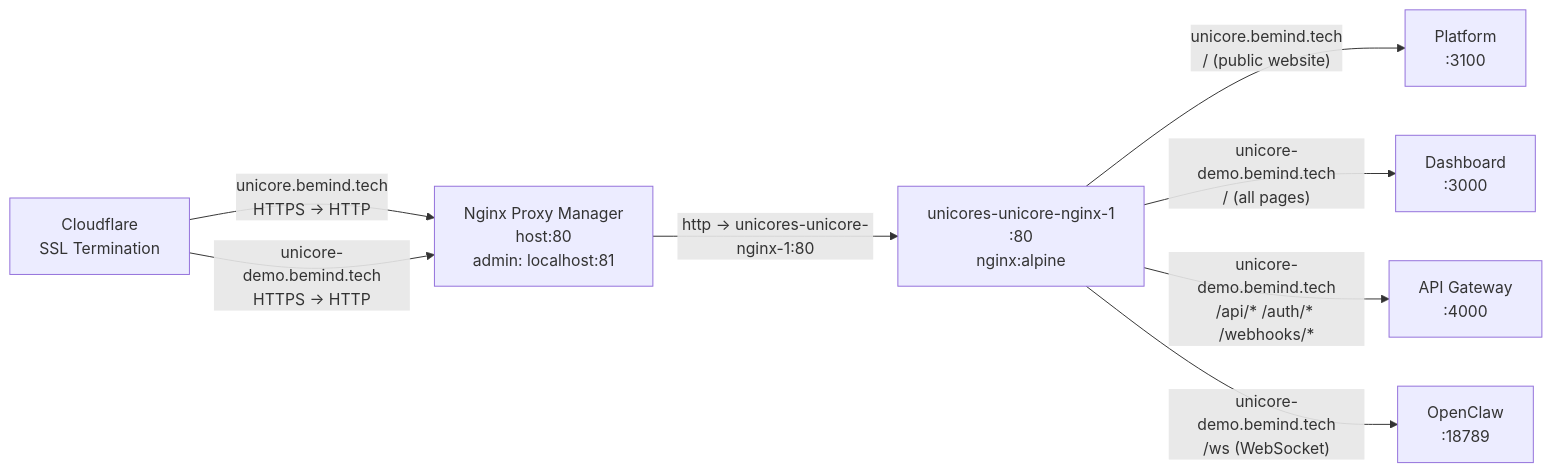
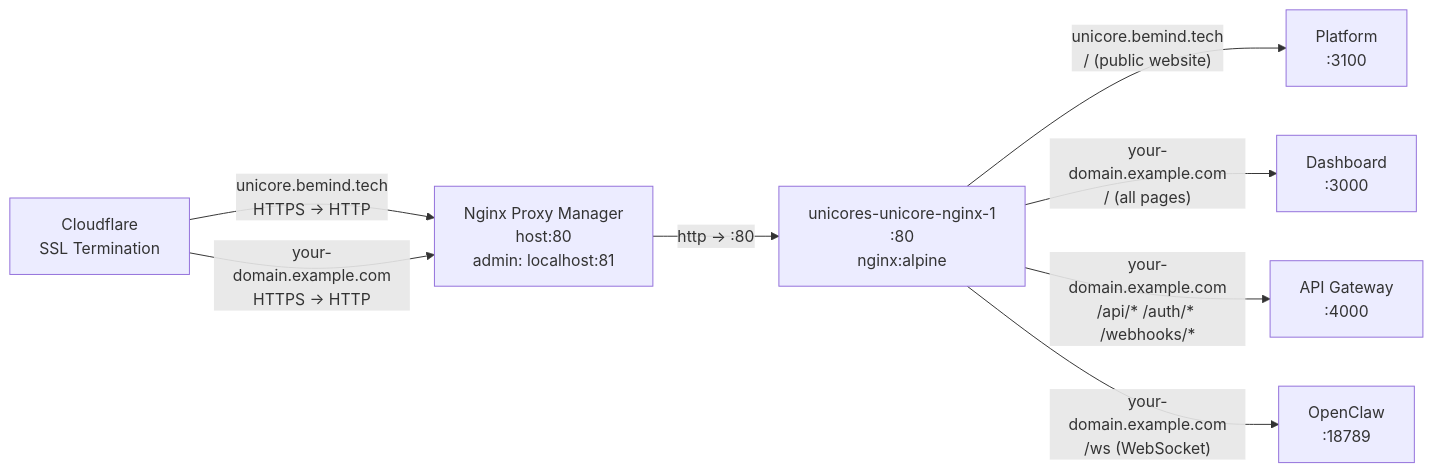
The first of 2 diagrams in architecture/networking.md (bemindlabs/unicore-ecosystem-docs), drawn with Mermaid before and after one commit.

Commit message:
auto: update 1 file(s) in unicore-ecosystem-docs

````diff
--- a/architecture/networking.md
+++ b/architecture/networking.md
@@ -5,18 +5,18 @@
 ```mermaid
 graph LR
   CF["Cloudflare<br/>SSL Termination"]
   NPM["Nginx Proxy Manager<br/>host:80<br/>admin: localhost:81"]
   NGX["unicores-unicore-nginx-1<br/>:80<br/>nginx:alpine"]
   PLAT["Platform<br/>:3100"]
   DASH["Dashboard<br/>:3000"]
   GW["API Gateway<br/>:4000"]
   OC["OpenClaw<br/>:18789"]
 
   CF -->|"unicore.bemind.tech<br/>HTTPS → HTTP"| NPM
-  CF -->|"unicore-demo.bemind.tech<br/>HTTPS → HTTP"| NPM
-  NPM -->|"http → unicores-unicore-nginx-1:80"| NGX
+  CF -->|"your-domain.example.com<br/>HTTPS → HTTP"| NPM
+  NPM -->|"http → <nginx-container>:80"| NGX
   NGX -->|"unicore.bemind.tech<br/>/ (public website)"| PLAT
-  NGX -->|"unicore-demo.bemind.tech<br/>/ (all pages)"| DASH
-  NGX -->|"unicore-demo.bemind.tech<br/>/api/* /auth/* /webhooks/*"| GW
-  NGX -->|"unicore-demo.bemind.tech<br/>/ws (WebSocket)"| OC
+  NGX -->|"your-domain.example.com<br/>/ (all pages)"| DASH
+  NGX -->|"your-domain.example.com<br/>/api/* /auth/* /webhooks/*"| GW
+  NGX -->|"your-domain.example.com<br/>/ws (WebSocket)"| OC
 ```
````
